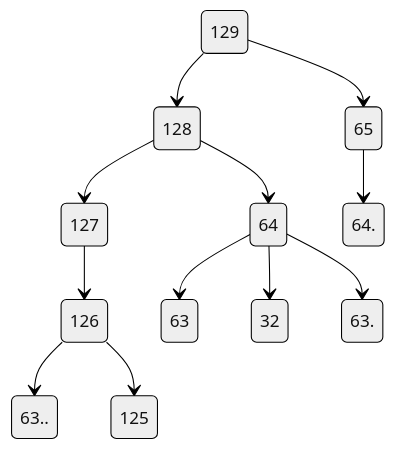
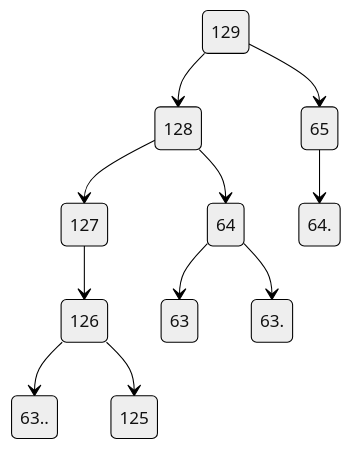
One commit to viktorshandrikov/repository-1 changed the diagram in 19.md. Above: the diagram before and after it, drawn with Mermaid (neutral theme).

````diff
--- a/19.md
+++ b/19.md
@@ -1,14 +1,13 @@
 ```mermaid
 stateDiagram-v2
 129 --> 128
 129 --> 65
 128 --> 127
 128 --> 64
 65 --> 64.
 64 -->63 
-64 --> 32
 127-->126
 126 -->63..
 126 --> 125 
 64 --> 63.
 ```
````
